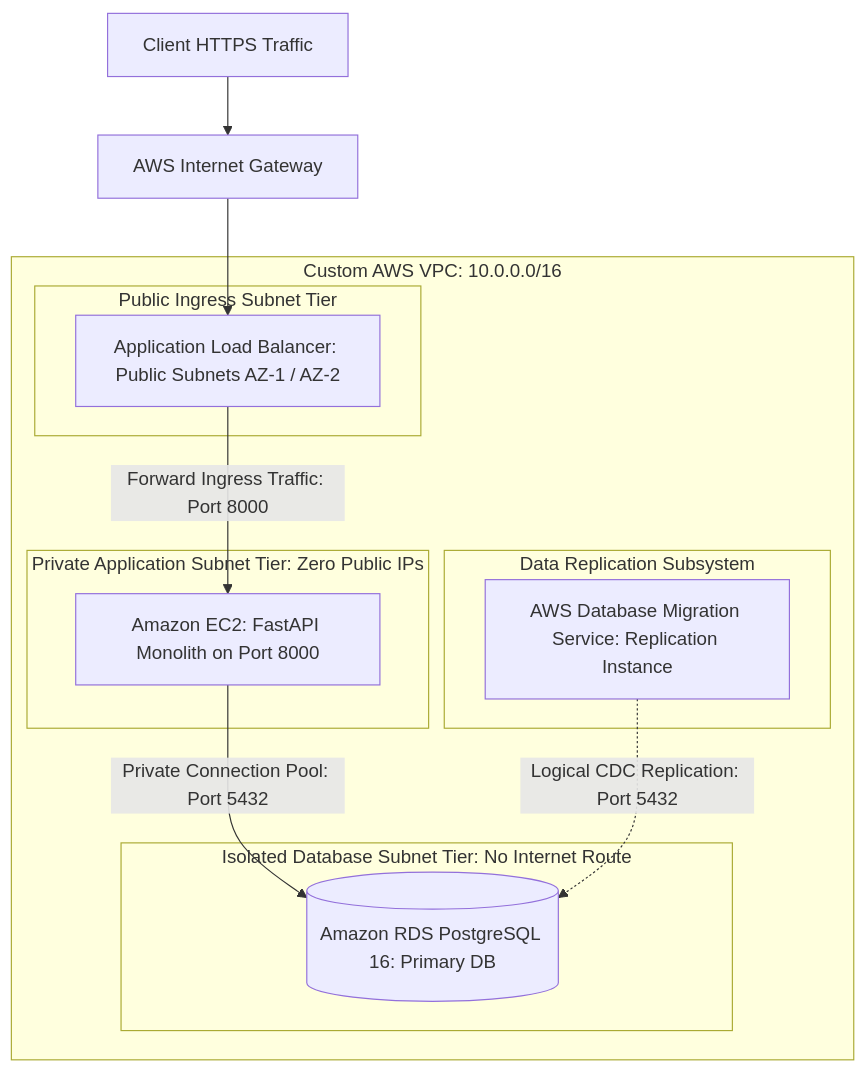
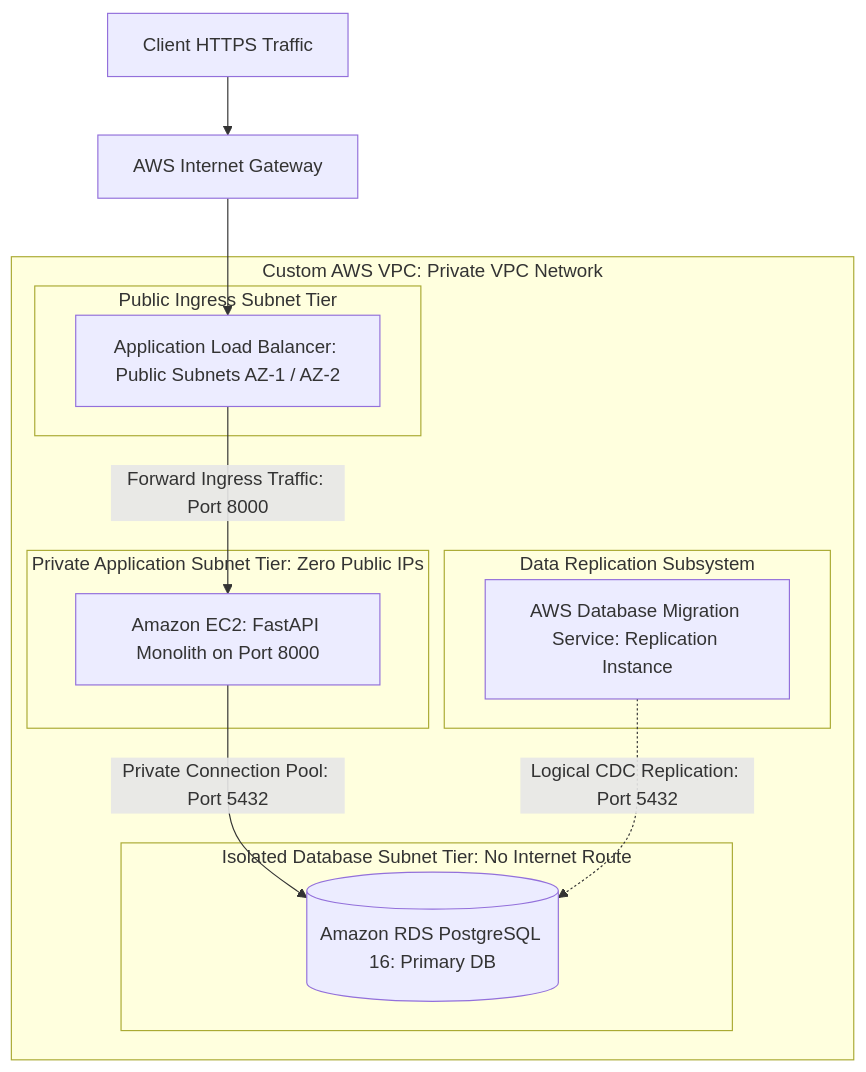
The diagram in docs/migration-assessment.md (ememjohn/onprem-to-cloud), drawn with Mermaid before and after one commit. The commit also changed other lines of this file and 9 other files, not shown here.

Commit message:
style(docs): replace raw network CIDRs with clean functional architectural tier labels

````diff
--- a/docs/migration-assessment.md
+++ b/docs/migration-assessment.md
@@ -15,27 +15,27 @@
 ```mermaid
 graph TD
     ClientTraffic[Client HTTPS Traffic] --> InternetGW[AWS Internet Gateway]
     InternetGW --> ALB[Application Load Balancer: Public Subnets AZ-1 / AZ-2]
 
-    subgraph AWS_VPC [Custom AWS VPC: 10.0.0.0/16]
+    subgraph AWS_VPC [Custom AWS VPC: Private VPC Network]
         subgraph Public_Tier [Public Ingress Subnet Tier]
             ALB
         end
 
         subgraph Private_App_Tier [Private Application Subnet Tier: Zero Public IPs]
             EC2_App[Amazon EC2: FastAPI Monolith on Port 8000]
         end
 
         subgraph Isolated_Data_Tier [Isolated Database Subnet Tier: No Internet Route]
             RDS_DB[(Amazon RDS PostgreSQL 16: Primary DB)]
         end
 
         subgraph Migration_Pipeline [Data Replication Subsystem]
             DMS[AWS Database Migration Service: Replication Instance]
         end
     end
 
     ALB -->|Forward Ingress Traffic: Port 8000| EC2_App
     EC2_App -->|Private Connection Pool: Port 5432| RDS_DB
     DMS -.->|Logical CDC Replication: Port 5432| RDS_DB
 ```
````
